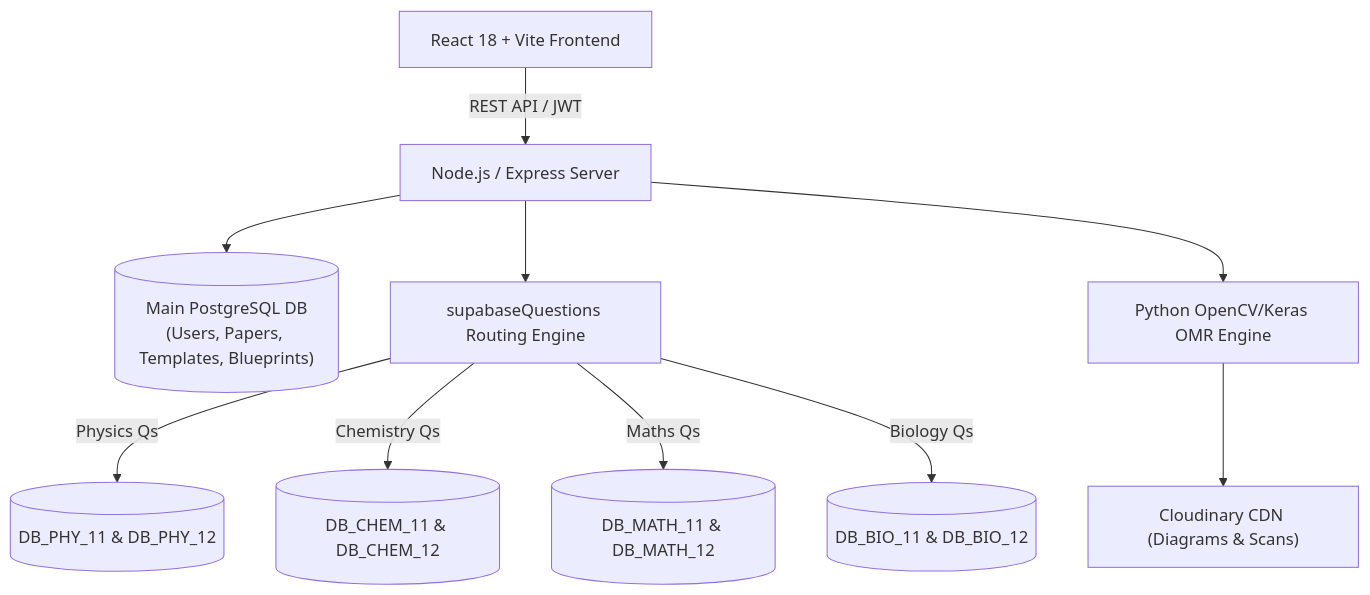
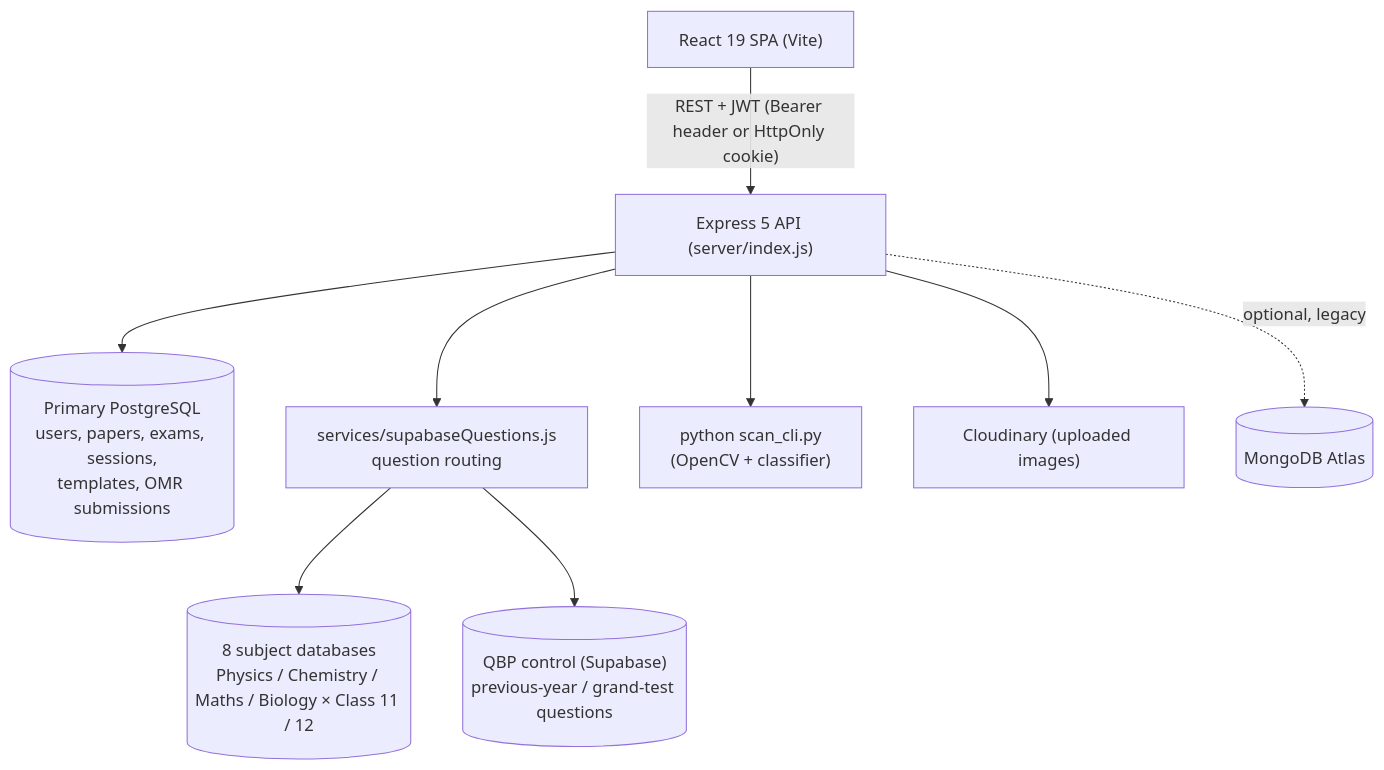
Before and after one commit to Rmanchestertechnologies/Sapthagiri_pu_college: the diagram in README.md, drawn with Mermaid. The commit also changed other lines of this file and 60 other files, not shown here.

````diff
--- a/README.md
+++ b/README.md
@@ -114,14 +46,11 @@
 ```mermaid
 graph TD
-    Client["React 18 + Vite Frontend"] -->|"REST API / JWT"| Server["Node.js / Express Server"]
-    Server --> MainDB[("Main PostgreSQL DB\n(Users, Papers, Templates, Blueprints)")]
-    Server --> RoutingService["supabaseQuestions Routing Engine"]
-    
-    RoutingService -->|"Physics Qs"| PhyPool[("DB_PHY_11 & DB_PHY_12")]
-    RoutingService -->|"Chemistry Qs"| ChemPool[("DB_CHEM_11 & DB_CHEM_12")]
-    RoutingService -->|"Maths Qs"| MathPool[("DB_MATH_11 & DB_MATH_12")]
-    RoutingService -->|"Biology Qs"| BioPool[("DB_BIO_11 & DB_BIO_12")]
-    
-    Server --> OMREngine["Python OpenCV/Keras OMR Engine"]
-    OMREngine --> Cloudinary["Cloudinary CDN (Diagrams & Scans)"]
+    Browser["React 19 SPA (Vite)"] -->|"REST + JWT (Bearer header or HttpOnly cookie)"| API["Express 5 API (server/index.js)"]
+    API --> Primary[("Primary PostgreSQL<br/>users, papers, exams, sessions,<br/>templates, OMR submissions")]
+    API --> Router["services/supabaseQuestions.js<br/>question routing"]
+    Router --> Pools[("8 subject databases<br/>Physics / Chemistry / Maths / Biology × Class 11 / 12")]
+    Router --> QBP[("QBP control (Supabase)<br/>previous-year / grand-test questions")]
+    API --> OMR["python scan_cli.py<br/>(OpenCV + classifier)"]
+    API --> Cloudinary["Cloudinary (uploaded images)"]
+    API -.->|"optional, legacy"| Mongo[("MongoDB Atlas")]
 ```
````
